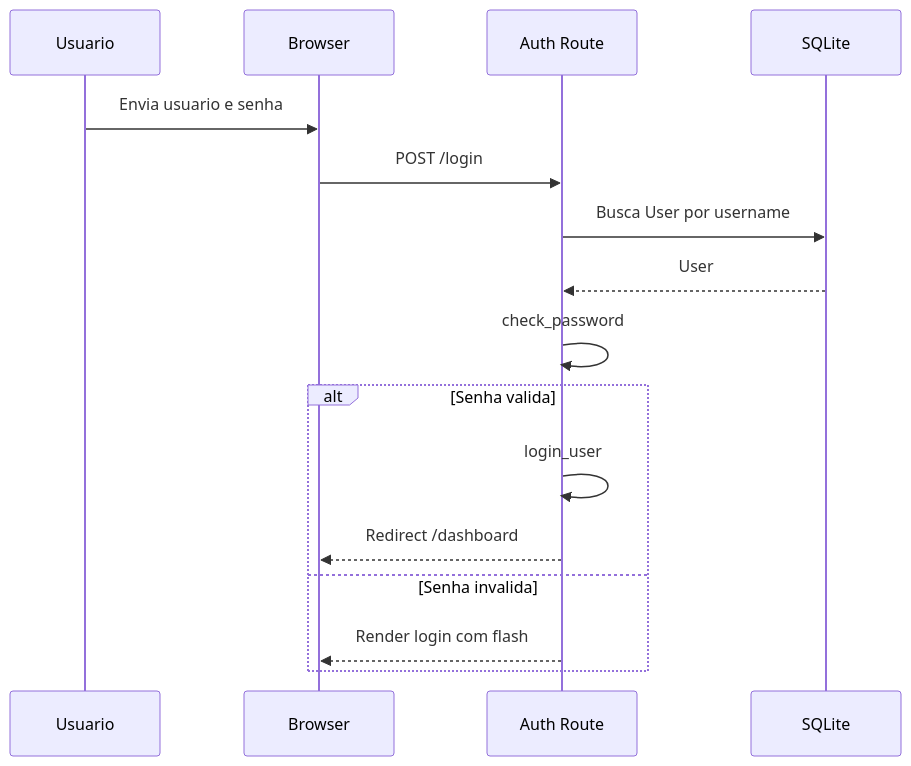
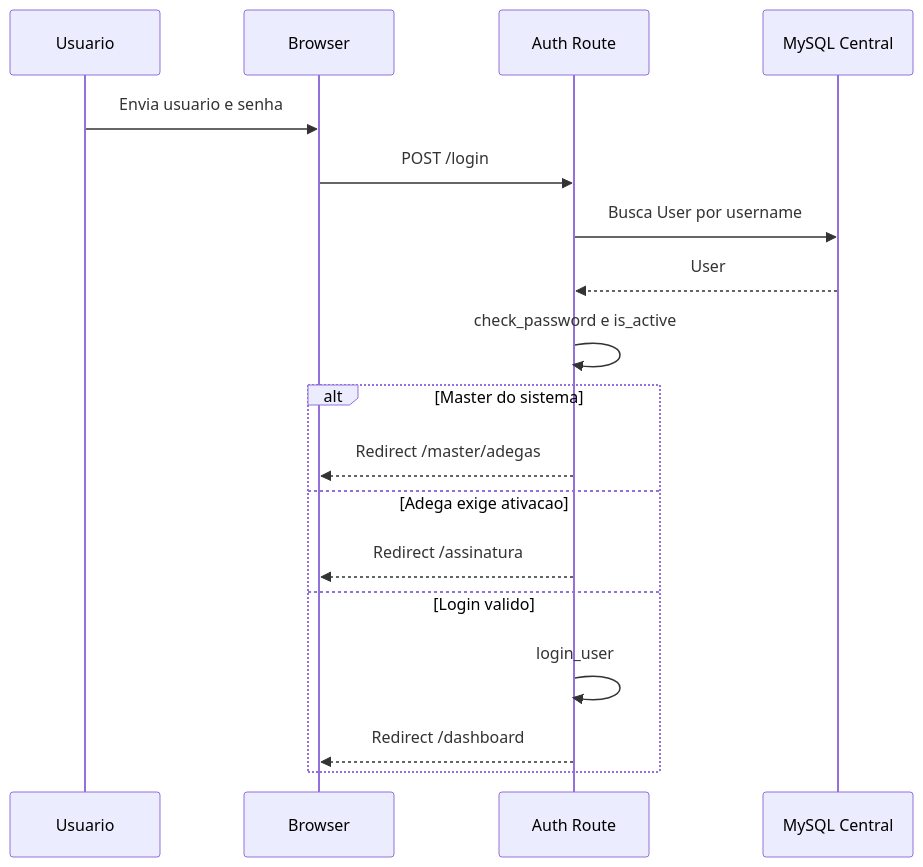
Before and after one commit to RafaelBG7/pdv2026: the first of 6 diagrams in docs/20-diagrama-sequencia.md, drawn with Mermaid. The commit also changed other lines of this file and 82 other files, not shown here.

````diff
--- a/docs/20-diagrama-sequencia.md
+++ b/docs/20-diagrama-sequencia.md
@@ -5,18 +5,20 @@
 ```mermaid
 sequenceDiagram
     participant U as Usuario
     participant B as Browser
     participant A as Auth Route
-    participant DB as SQLite
+    participant C as MySQL Central
     U->>B: Envia usuario e senha
     B->>A: POST /login
-    A->>DB: Busca User por username
-    DB-->>A: User
-    A->>A: check_password
-    alt Senha valida
+    A->>C: Busca User por username
+    C-->>A: User
+    A->>A: check_password e is_active
+    alt Master do sistema
+        A-->>B: Redirect /master/adegas
+    else Adega exige ativacao
+        A-->>B: Redirect /assinatura
+    else Login valido
         A->>A: login_user
         A-->>B: Redirect /dashboard
-    else Senha invalida
-        A-->>B: Render login com flash
     end
 ```
````
